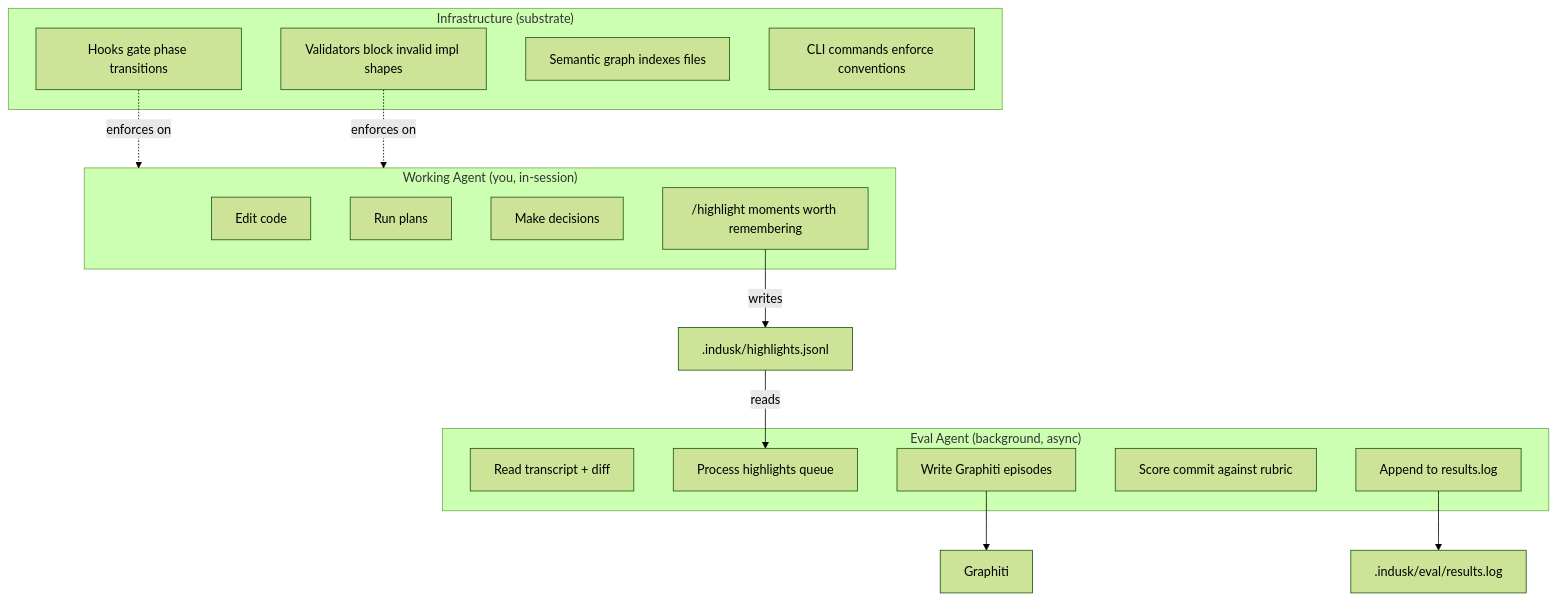
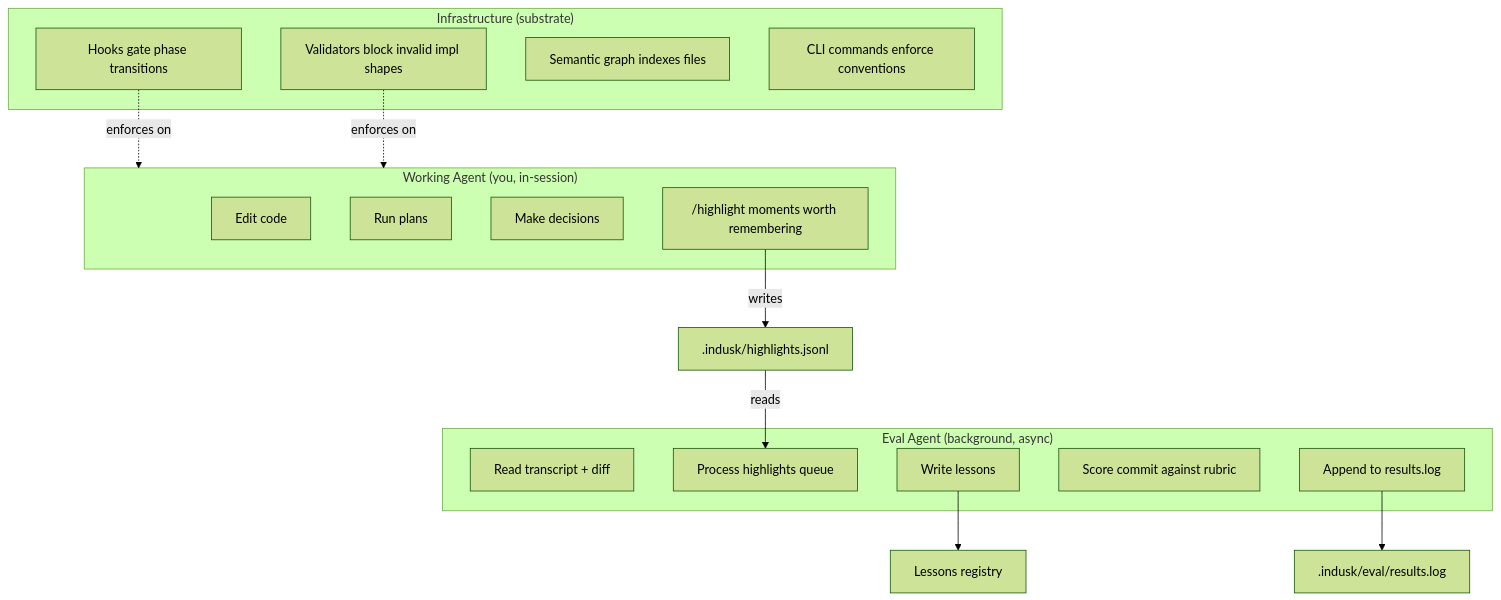
The first of 2 diagrams in apps/docs/src/guide/agent-roles.md (infinitedusky/indusk), drawn with Mermaid (forest theme) before and after one commit. The commit also changed other lines of this file and 33 other files, not shown here.

````diff
--- a/apps/docs/src/guide/agent-roles.md
+++ b/apps/docs/src/guide/agent-roles.md
@@ -9,31 +9,31 @@
 ```mermaid
 graph TB
     subgraph WA["Working Agent (you, in-session)"]
         WA1[Edit code]
         WA2[Run plans]
         WA3[Make decisions]
         WA4["/highlight moments worth remembering"]
     end
 
     subgraph EA["Eval Agent (background, async)"]
         EA1[Read transcript + diff]
         EA2[Process highlights queue]
-        EA3[Write Graphiti episodes]
+        EA3[Write lessons]
         EA4[Score commit against rubric]
         EA5[Append to results.log]
     end
 
     subgraph INF["Infrastructure (substrate)"]
         INF1[Hooks gate phase transitions]
         INF2[Validators block invalid impl shapes]
         INF3[Semantic graph indexes files]
         INF4[CLI commands enforce conventions]
     end
 
     WA4 -->|writes| HJ[".indusk/highlights.jsonl"]
     HJ -->|reads| EA2
-    EA3 --> G[Graphiti]
+    EA3 --> G[Lessons registry]
     EA5 --> RL[".indusk/eval/results.log"]
     INF1 -.->|enforces on| WA
     INF2 -.->|enforces on| WA
 ```
````
